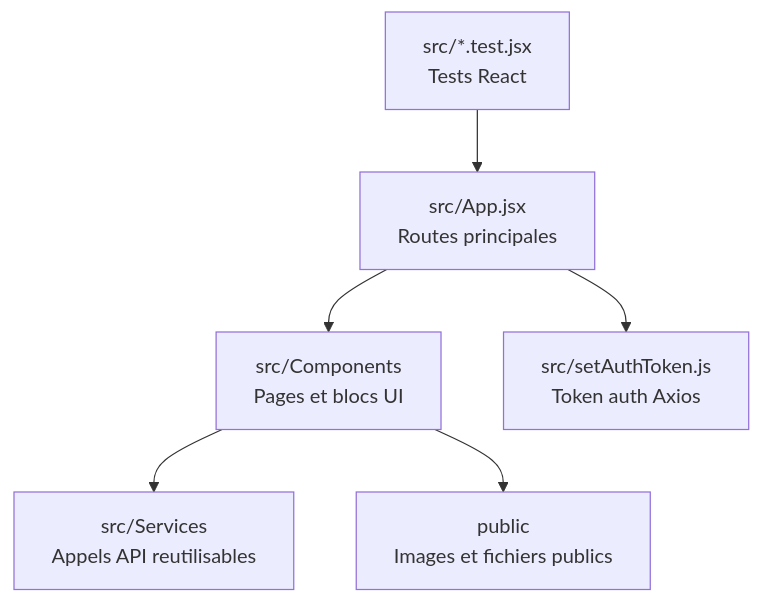
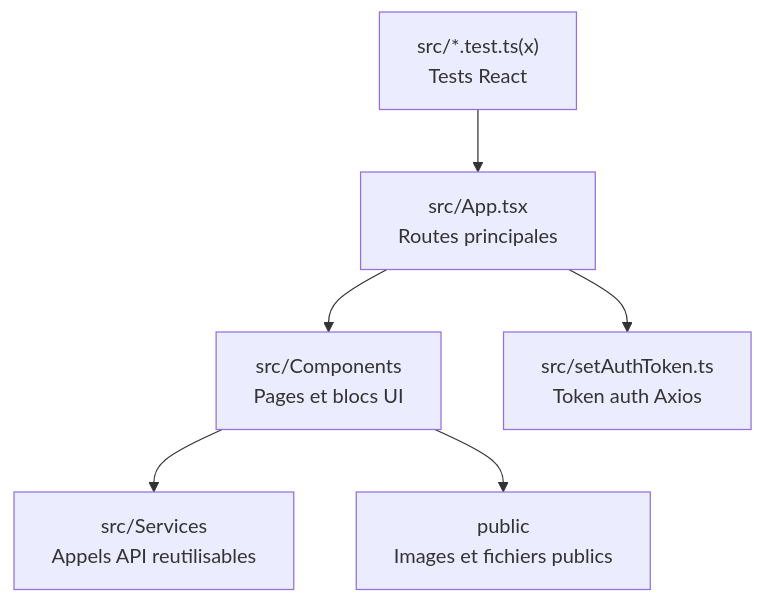
Before and after one commit to Chaye-parcel-traveler/chaye_web_frontend: the fourth of 10 diagrams in README.md, drawn with Mermaid. The commit also changed 50 other files, not shown here.

````diff
--- a/README.md
+++ b/README.md
@@ -145,8 +145,8 @@
 ```mermaid
 flowchart TB
-    App["src/App.jsx<br/>Routes principales"] --> Components["src/Components<br/>Pages et blocs UI"]
+    App["src/App.tsx<br/>Routes principales"] --> Components["src/Components<br/>Pages et blocs UI"]
     Components --> Services["src/Services<br/>Appels API reutilisables"]
     Components --> Assets["public<br/>Images et fichiers publics"]
-    App --> Auth["src/setAuthToken.js<br/>Token auth Axios"]
-    Tests["src/*.test.jsx<br/>Tests React"] --> App
+    App --> Auth["src/setAuthToken.ts<br/>Token auth Axios"]
+    Tests["src/*.test.ts(x)<br/>Tests React"] --> App
 ```
````
